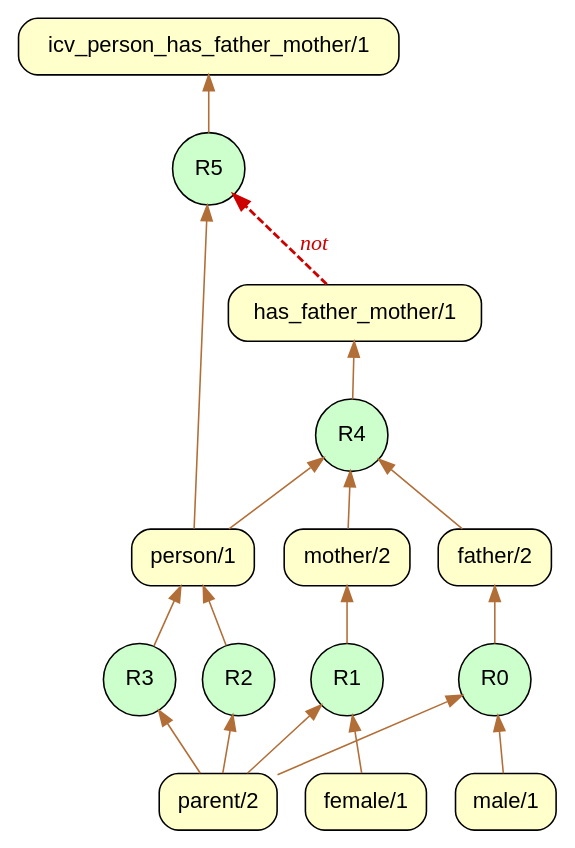
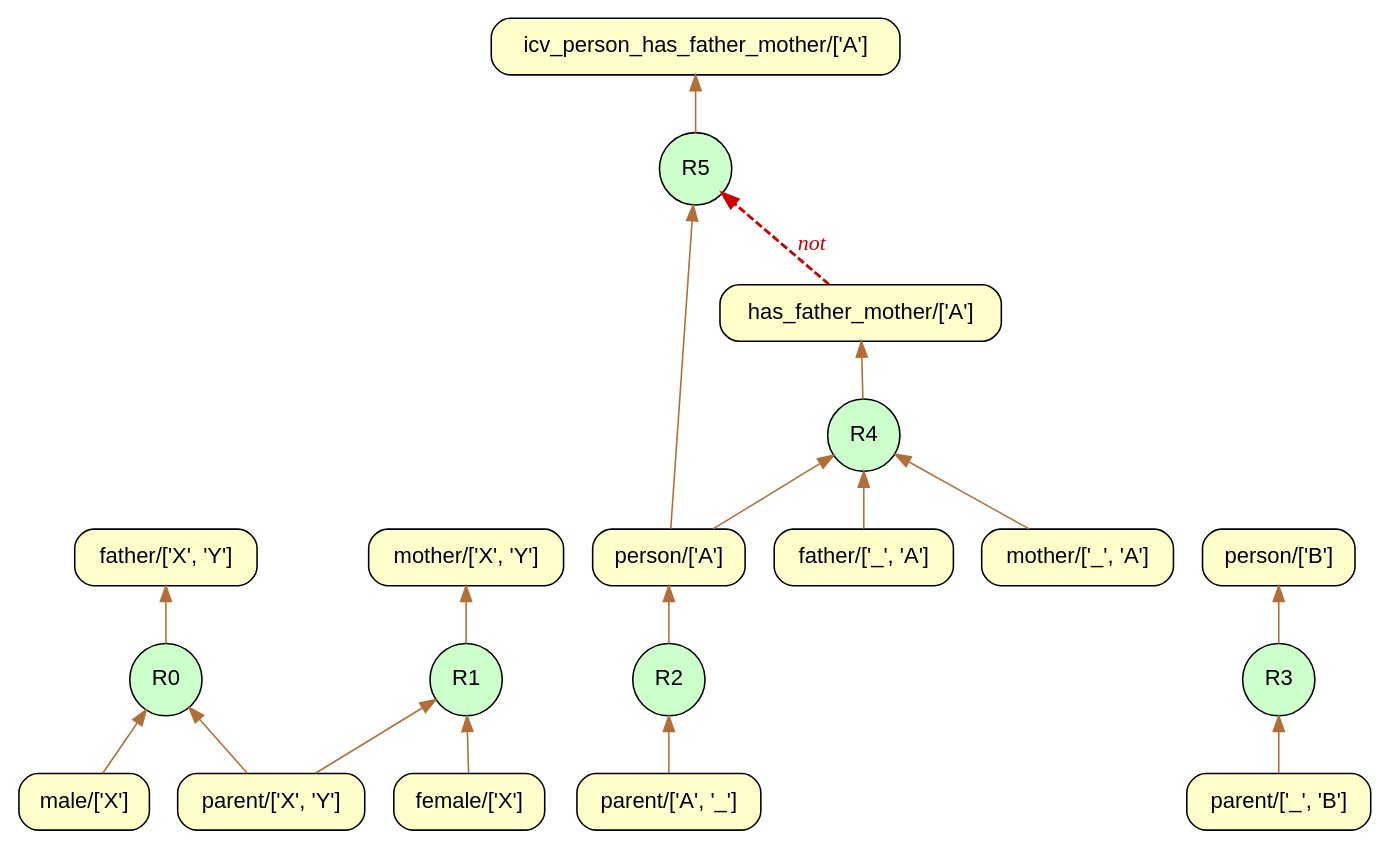
Before and after one commit to yilinxia/RuleGoalGraph: the diagram in examples/output/family_rules.dot, drawn with Graphviz. The commit also changed 5 other files, not shown here.

```diff
--- a/examples/output/family_rules.dot
+++ b/examples/output/family_rules.dot
@@ -1,130 +1,155 @@
 strict digraph "" {
 	graph [overlap=False,
 		rankdir=BT
 	];
-	"parent/2"	[fillcolor="#FFFFCC",
+	"parent/['X', 'Y']"	[fillcolor="#FFFFCC",
 		fontname=Helvetica,
 		peripheries=1,
 		shape=box,
 		style="rounded,filled"];
 	R0	[fillcolor="#CCFFCC",
 		fontname=Helvetica,
 		peripheries=1,
 		shape=circle,
 		style=filled,
 		tooltip="(0, 'father(X,Y) :- parent(X,Y); male(X).')"];
-	"parent/2" -> R0	[color="#b26e37",
+	"parent/['X', 'Y']" -> R0	[color="#b26e37",
 		fontname="Palatino-Italic",
 		weight=14];
 	R1	[fillcolor="#CCFFCC",
 		fontname=Helvetica,
 		peripheries=1,
 		shape=circle,
 		style=filled,
 		tooltip="(1, 'mother(X,Y) :- parent(X,Y); female(X).')"];
-	"parent/2" -> R1	[color="#b26e37",
+	"parent/['X', 'Y']" -> R1	[color="#b26e37",
 		fontname="Palatino-Italic",
 		weight=14];
+	"father/['X', 'Y']"	[fillcolor="#FFFFCC",
+		fontname=Helvetica,
+		peripheries=1,
+		shape=box,
+		style="rounded,filled"];
+	R0 -> "father/['X', 'Y']"	[color="#b26e37",
+		weight=14];
+	"male/['X']"	[fillcolor="#FFFFCC",
+		fontname=Helvetica,
+		peripheries=1,
+		shape=box,
+		style="rounded,filled"];
+	"male/['X']" -> R0	[color="#b26e37",
+		fontname="Palatino-Italic",
+		weight=14];
+	"mother/['X', 'Y']"	[fillcolor="#FFFFCC",
+		fontname=Helvetica,
+		peripheries=1,
+		shape=box,
+		style="rounded,filled"];
+	R1 -> "mother/['X', 'Y']"	[color="#b26e37",
+		weight=14];
+	"female/['X']"	[fillcolor="#FFFFCC",
+		fontname=Helvetica,
+		peripheries=1,
+		shape=box,
+		style="rounded,filled"];
+	"female/['X']" -> R1	[color="#b26e37",
+		fontname="Palatino-Italic",
+		weight=14];
+	"parent/['A', '_']"	[fillcolor="#FFFFCC",
+		fontname=Helvetica,
+		peripheries=1,
+		shape=box,
+		style="rounded,filled"];
 	R2	[fillcolor="#CCFFCC",
 		fontname=Helvetica,
 		peripheries=1,
 		shape=circle,
 		style=filled,
 		tooltip="(2, 'person(A) :- parent(A,_).')"];
-	"parent/2" -> R2	[color="#b26e37",
+	"parent/['A', '_']" -> R2	[color="#b26e37",
 		fontname="Palatino-Italic",
 		weight=14];
-	R3	[fillcolor="#CCFFCC",
-		fontname=Helvetica,
-		peripheries=1,
-		shape=circle,
-		style=filled,
-		tooltip="(3, 'person(B) :- parent(_,B).')"];
-	"parent/2" -> R3	[color="#b26e37",
-		fontname="Palatino-Italic",
-		weight=14];
-	"father/2"	[fillcolor="#FFFFCC",
+	"person/['A']"	[fillcolor="#FFFFCC",
 		fontname=Helvetica,
 		peripheries=1,
 		shape=box,
 		style="rounded,filled"];
 	R4	[fillcolor="#CCFFCC",
 		fontname=Helvetica,
 		peripheries=1,
 		shape=circle,
 		style=filled,
 		tooltip="(4, 'has_father_mother(A) :- person(A); father(_,A); mother(_,A).')"];
-	"father/2" -> R4	[color="#b26e37",
-		fontname="Palatino-Italic",
-		weight=14];
-	R0 -> "father/2"	[color="#b26e37",
-		weight=14];
-	"male/1"	[fillcolor="#FFFFCC",
-		fontname=Helvetica,
-		peripheries=1,
-		shape=box,
-		style="rounded,filled"];
-	"male/1" -> R0	[color="#b26e37",
-		fontname="Palatino-Italic",
-		weight=14];
-	"mother/2"	[fillcolor="#FFFFCC",
-		fontname=Helvetica,
-		peripheries=1,
-		shape=box,
-		style="rounded,filled"];
-	"mother/2" -> R4	[color="#b26e37",
-		fontname="Palatino-Italic",
-		weight=14];
-	R1 -> "mother/2"	[color="#b26e37",
-		weight=14];
-	"female/1"	[fillcolor="#FFFFCC",
-		fontname=Helvetica,
-		peripheries=1,
-		shape=box,
-		style="rounded,filled"];
-	"female/1" -> R1	[color="#b26e37",
-		fontname="Palatino-Italic",
-		weight=14];
-	"person/1"	[fillcolor="#FFFFCC",
-		fontname=Helvetica,
-		peripheries=1,
-		shape=box,
-		style="rounded,filled"];
-	"person/1" -> R4	[color="#b26e37",
+	"person/['A']" -> R4	[color="#b26e37",
 		fontname="Palatino-Italic",
 		weight=14];
 	R5	[fillcolor="#CCFFCC",
 		fontname=Helvetica,
 		peripheries=1,
 		shape=circle,
 		style=filled,
 		tooltip="(5, 'icv_person_has_father_mother(A) :- person(A); not has_father_mother(A).')"];
-	"person/1" -> R5	[color="#b26e37",
+	"person/['A']" -> R5	[color="#b26e37",
 		fontname="Palatino-Italic",
 		weight=14];
-	R2 -> "person/1"	[color="#b26e37",
+	R2 -> "person/['A']"	[color="#b26e37",
 		weight=14];
-	R3 -> "person/1"	[color="#b26e37",
-		weight=14];
-	"has_father_mother/1"	[fillcolor="#FFFFCC",
+	"parent/['_', 'B']"	[fillcolor="#FFFFCC",
 		fontname=Helvetica,
 		peripheries=1,
 		shape=box,
 		style="rounded,filled"];
-	"has_father_mother/1" -> R5	[color=red3,
+	R3	[fillcolor="#CCFFCC",
+		fontname=Helvetica,
+		peripheries=1,
+		shape=circle,
+		style=filled,
+		tooltip="(3, 'person(B) :- parent(_,B).')"];
+	"parent/['_', 'B']" -> R3	[color="#b26e37",
+		fontname="Palatino-Italic",
+		weight=14];
+	"person/['B']"	[fillcolor="#FFFFCC",
+		fontname=Helvetica,
+		peripheries=1,
+		shape=box,
+		style="rounded,filled"];
+	R3 -> "person/['B']"	[color="#b26e37",
+		weight=14];
+	"has_father_mother/['A']"	[fillcolor="#FFFFCC",
+		fontname=Helvetica,
+		peripheries=1,
+		shape=box,
+		style="rounded,filled"];
+	"has_father_mother/['A']" -> R5	[color=red3,
 		fontcolor=red3,
 		fontname="Palatino-Italic",
 		label=not,
 		penwidth=1.8,
 		style=dashed,
 		weight=14];
-	R4 -> "has_father_mother/1"	[color="#b26e37",
+	R4 -> "has_father_mother/['A']"	[color="#b26e37",
 		weight=14];
-	"icv_person_has_father_mother/1"	[fillcolor="#FFFFCC",
+	"father/['_', 'A']"	[fillcolor="#FFFFCC",
 		fontname=Helvetica,
 		peripheries=1,
 		shape=box,
 		style="rounded,filled"];
-	R5 -> "icv_person_has_father_mother/1"	[color="#b26e37",
+	"father/['_', 'A']" -> R4	[color="#b26e37",
+		fontname="Palatino-Italic",
+		weight=14];
+	"mother/['_', 'A']"	[fillcolor="#FFFFCC",
+		fontname=Helvetica,
+		peripheries=1,
+		shape=box,
+		style="rounded,filled"];
+	"mother/['_', 'A']" -> R4	[color="#b26e37",
+		fontname="Palatino-Italic",
+		weight=14];
+	"icv_person_has_father_mother/['A']"	[fillcolor="#FFFFCC",
+		fontname=Helvetica,
+		peripheries=1,
+		shape=box,
+		style="rounded,filled"];
+	R5 -> "icv_person_has_father_mother/['A']"	[color="#b26e37",
 		weight=14];
 }
```
